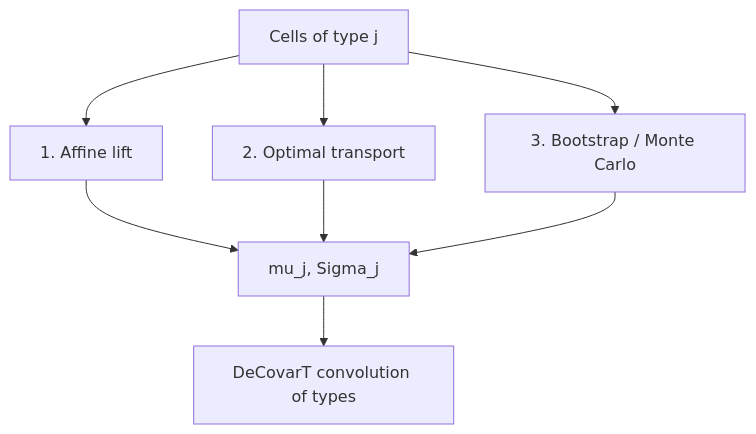
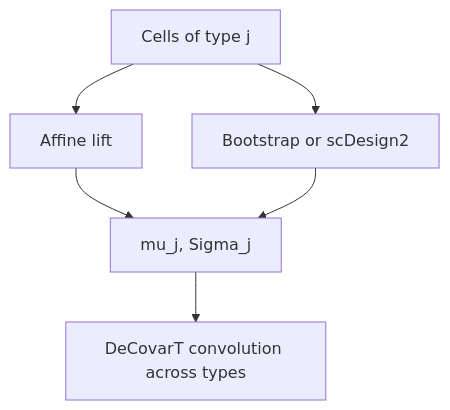
Before and after one commit to bastienchassagnol/DeCovarT_reproducibility: the diagram in docs/06-population-alignment.qmd, drawn with Mermaid. The commit also changed other lines of this file and 3 other files, not shown here.

````diff
--- a/docs/06-population-alignment.qmd
+++ b/docs/06-population-alignment.qmd
@@ -23,14 +22,12 @@
 ```{mermaid}
 %%| echo: false
 %%| label: fig-align-layout
-%%| fig-cap: "Three alignment strategies from labelled single cells to type-level Gaussians. Total bulk y is a later convolution across types; it is not the aggregation used here."
+%%| fig-cap: "Core lifts from labelled cells of one type to a population Gaussian: an affine aggregation, and resampling (bootstrap or scDesign2). The bulk profile is a later convolution across types."
 %%{init: {"theme": "sandstone"}}%%
 flowchart TD
-  A["Cells of type j"] --> B["1. Affine lift"]
-  A --> C["2. Optimal transport"]
-  A --> D["3. Bootstrap / Monte Carlo"]
+  A["Cells of type j"] --> B["Affine lift"]
+  A --> D["Bootstrap or scDesign2"]
   B --> E["mu_j, Sigma_j"]
-  C --> E
   D --> E
-  E --> F["DeCovarT convolution of types"]
+  E --> F["DeCovarT convolution across types"]
 ```
````
